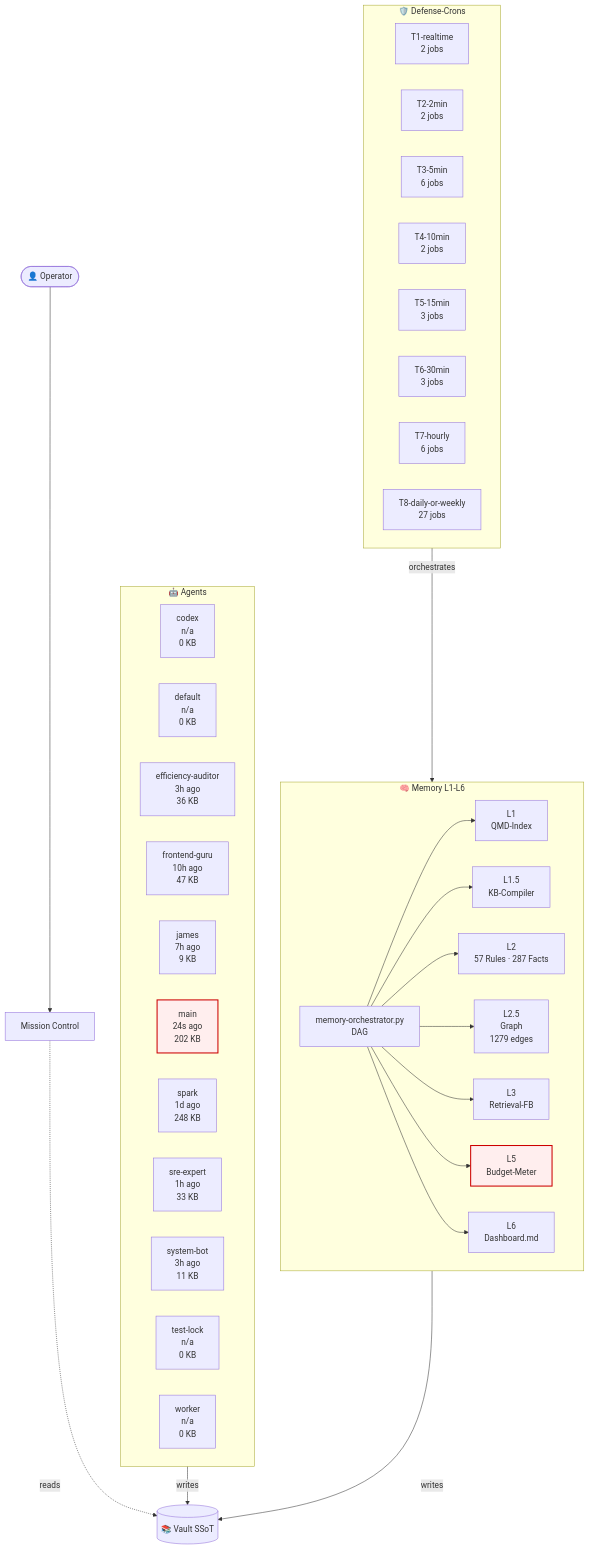
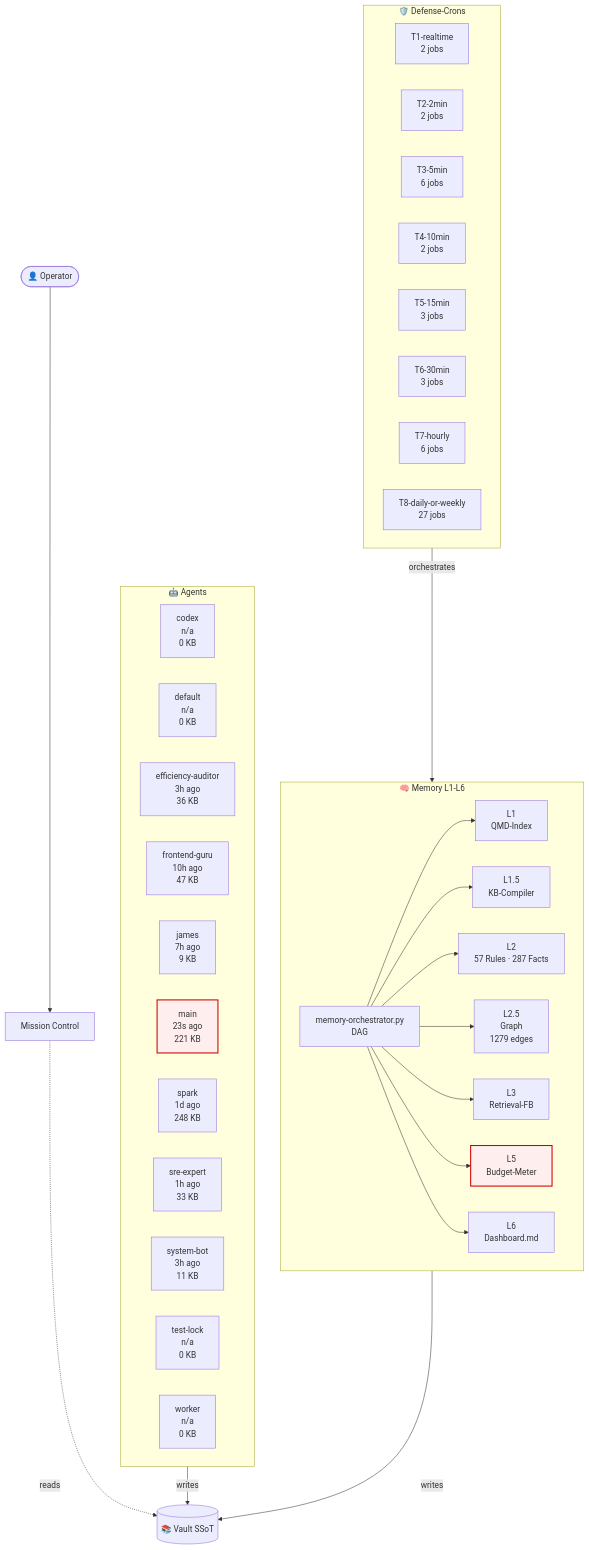
The diagram in 03-Agents/architecture-live.md (lenardhuebner88-rgb/openclaw-memory), drawn with Mermaid before and after one commit. The commit also changed other lines of this file and 13 other files, not shown here.

````diff
--- a/03-Agents/architecture-live.md
+++ b/03-Agents/architecture-live.md
@@ -18,54 +18,54 @@
 ```mermaid
 flowchart TB
     classDef critical fill:#fee,stroke:#c00,stroke-width:2px;
     subgraph AGT["🤖 Agents"]
         agent_codex["codex<br/>n/a<br/>0 KB"]
         agent_default["default<br/>n/a<br/>0 KB"]
         agent_efficiency_auditor["efficiency-auditor<br/>3h ago<br/>36 KB"]
         agent_frontend_guru["frontend-guru<br/>10h ago<br/>47 KB"]
         agent_james["james<br/>7h ago<br/>9 KB"]
-        agent_main["main<br/>24s ago<br/>202 KB"]
+        agent_main["main<br/>23s ago<br/>221 KB"]
         agent_spark["spark<br/>1d ago<br/>248 KB"]
         agent_sre_expert["sre-expert<br/>1h ago<br/>33 KB"]
         agent_system_bot["system-bot<br/>3h ago<br/>11 KB"]
         agent_test_lock["test-lock<br/>n/a<br/>0 KB"]
         agent_worker["worker<br/>n/a<br/>0 KB"]
     end
     subgraph MEM["🧠 Memory L1-L6"]
         L1["L1<br/>QMD-Index"]
         L15["L1.5<br/>KB-Compiler"]
         L2["L2<br/>57 Rules · 287 Facts"]
         L25["L2.5<br/>Graph<br/>1279 edges"]
         L3["L3<br/>Retrieval-FB"]
         L5["L5<br/>Budget-Meter"]
         L6["L6<br/>Dashboard.md"]
         ORCH["memory-orchestrator.py<br/>DAG"]
     end
     subgraph CRN["🛡️ Defense-Crons"]
         tier_T1_realtime["T1-realtime<br/>2 jobs"]
         tier_T2_2min["T2-2min<br/>2 jobs"]
         tier_T3_5min["T3-5min<br/>6 jobs"]
         tier_T4_10min["T4-10min<br/>2 jobs"]
         tier_T5_15min["T5-15min<br/>3 jobs"]
         tier_T6_30min["T6-30min<br/>3 jobs"]
         tier_T7_hourly["T7-hourly<br/>6 jobs"]
         tier_T8_daily_or_weekly["T8-daily-or-weekly<br/>27 jobs"]
     end
     VAULT[("📚 Vault SSoT")]
     OP([👤 Operator])
     MC["Mission Control"]
     OP --> MC
     MC -.reads.-> VAULT
     AGT -->|writes| VAULT
     MEM -->|writes| VAULT
     ORCH --> L1
     ORCH --> L15
     ORCH --> L2
     ORCH --> L25
     ORCH --> L3
     ORCH --> L5
     ORCH --> L6
     CRN -->|orchestrates| MEM
     class L5 critical
     class agent_main critical
 ```
````
